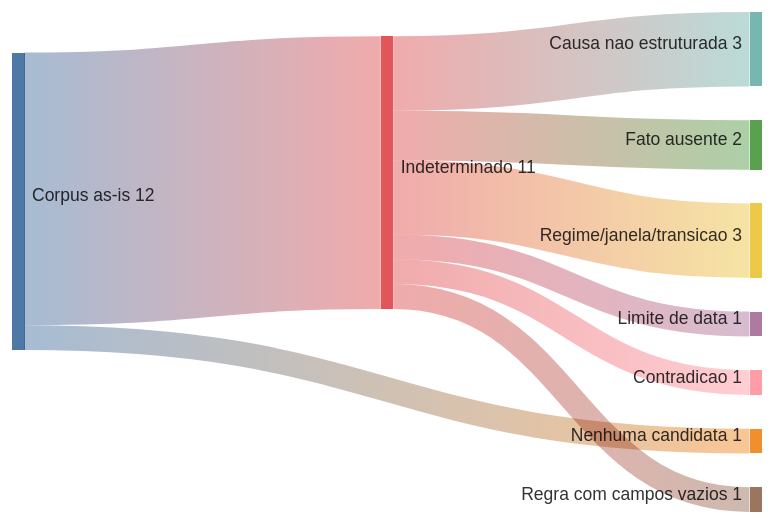
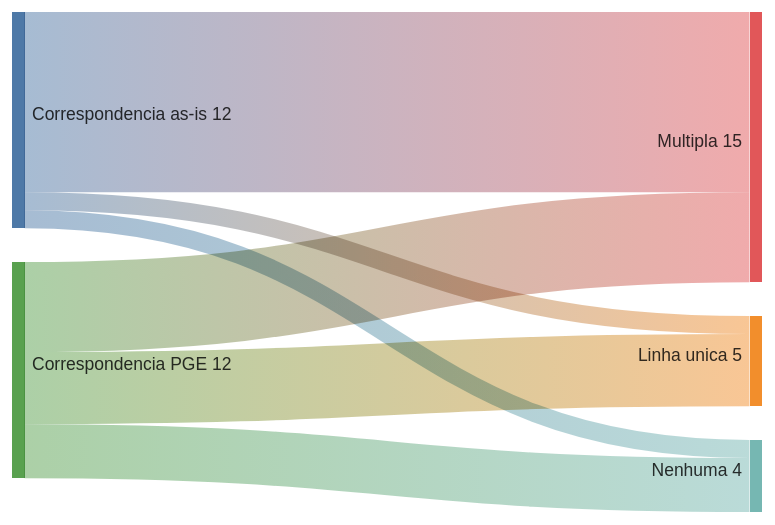
One commit to franklinbaldo/sisprev changed the first of 3 diagrams in docs/analysis/piloto-selecao-invalidez-incapacidade.md. Above: the diagram before and after it, drawn with Mermaid. The commit also changed other lines of this file and 1 other file, not shown here.

````diff
--- a/docs/analysis/piloto-selecao-invalidez-incapacidade.md
+++ b/docs/analysis/piloto-selecao-invalidez-incapacidade.md
@@ -70,11 +94,9 @@
 ```mermaid
 sankey-beta
-Corpus as-is,Nenhuma candidata,1
-Corpus as-is,Indeterminado,11
-Indeterminado,Causa nao estruturada,3
-Indeterminado,Fato ausente,2
-Indeterminado,Regime/janela/transicao,3
-Indeterminado,Limite de data,1
-Indeterminado,Contradicao,1
-Indeterminado,Regra com campos vazios,1
+Correspondencia as-is,Linha unica,1
+Correspondencia as-is,Multipla,10
+Correspondencia as-is,Nenhuma,1
+Correspondencia PGE,Linha unica,4
+Correspondencia PGE,Multipla,5
+Correspondencia PGE,Nenhuma,3
 ```
````
